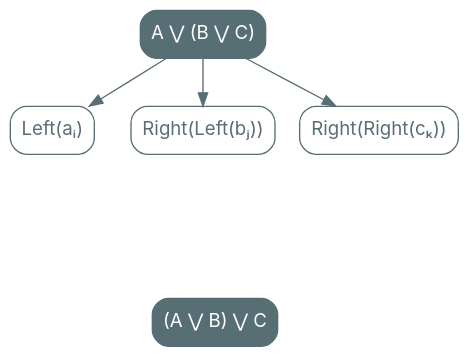
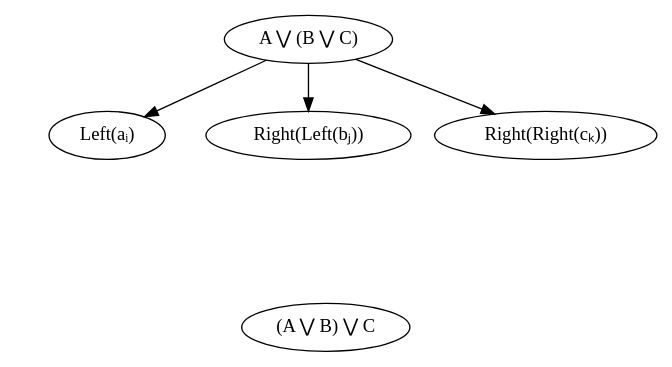
The diagram in src/graphviz/a_or_b_or_c_lefta_rightleftb_rightrightc.dot (nrinaudo/far-more-adt), drawn with Graphviz before and after one commit. The commit also changed 70 other files, not shown here.

Commit message:
Use graphviz stylesheets

```diff
--- a/src/graphviz/a_or_b_or_c_lefta_rightleftb_rightrightc.dot
+++ b/src/graphviz/a_or_b_or_c_lefta_rightleftb_rightrightc.dot
@@ -1,32 +1,26 @@
 digraph {
-    bgcolor=transparent
-
-    // Default theme: enabled
-    node[shape="rectangle" style="rounded,filled" color="#586E75" fillcolor="#586E75" fontcolor="#ffffff" fontname="Inter,Arial"]
-    edge [color="#586E75" fontcolor="#000000" fontname="Inter,Arial" fontsize=11]
-
     LeftAssoc[label="A ⋁ (B ⋁ C)"]
-    LeftA[label="Left(aᵢ)" fillcolor="#ffffff" fontcolor="#586E75"]
-    RightLeftB[label="Right(Left(bⱼ))" fillcolor="#ffffff" fontcolor="#586E75"]
-    RightRightC[label="Right(Right(cₖ))" fillcolor="#ffffff" fontcolor="#586E75"]
+    LeftA[label="Left(aᵢ)" class="value"]
+    RightLeftB[label="Right(Left(bⱼ))" class="value"]
+    RightRightC[label="Right(Right(cₖ))" class="value"]
 
     LeftAssoc -> LeftA
     LeftAssoc -> RightLeftB
     LeftAssoc -> RightRightC
 
     RightAssoc[label="(A ⋁ B) ⋁ C"]
-    LeftLeftA[label="Left(Left(aᵢ))" fillcolor="#ffffff" fontcolor="#586E75" style=invis]
-    LeftRightB[label="Left(Right(bⱼ))" fillcolor="#ffffff" fontcolor="#586E75" style=invis]
-    RightC[label="Right(cₖ)" fillcolor="#ffffff" fontcolor="#586E75" style=invis]
+    LeftLeftA[label="Left(Left(aᵢ))" class="value" style=invis]
+    LeftRightB[label="Left(Right(bⱼ))" class="value" style=invis]
+    RightC[label="Right(cₖ)" class="value" style=invis]
 
     LeftLeftA -> RightAssoc[dir=back style=invis]
     LeftRightB -> RightAssoc[dir=back style=invis]
     RightC -> RightAssoc[dir=back style=invis]
 
     LeftA -> LeftLeftA[style=invis]
     RightLeftB -> LeftRightB[style=invis]
     RightRightC -> RightC[style=invis]
     LeftLeftA -> LeftA[style=invis]
     LeftRightB -> RightLeftB[style=invis]
     RightC -> RightRightC[style=invis]
 }
```
